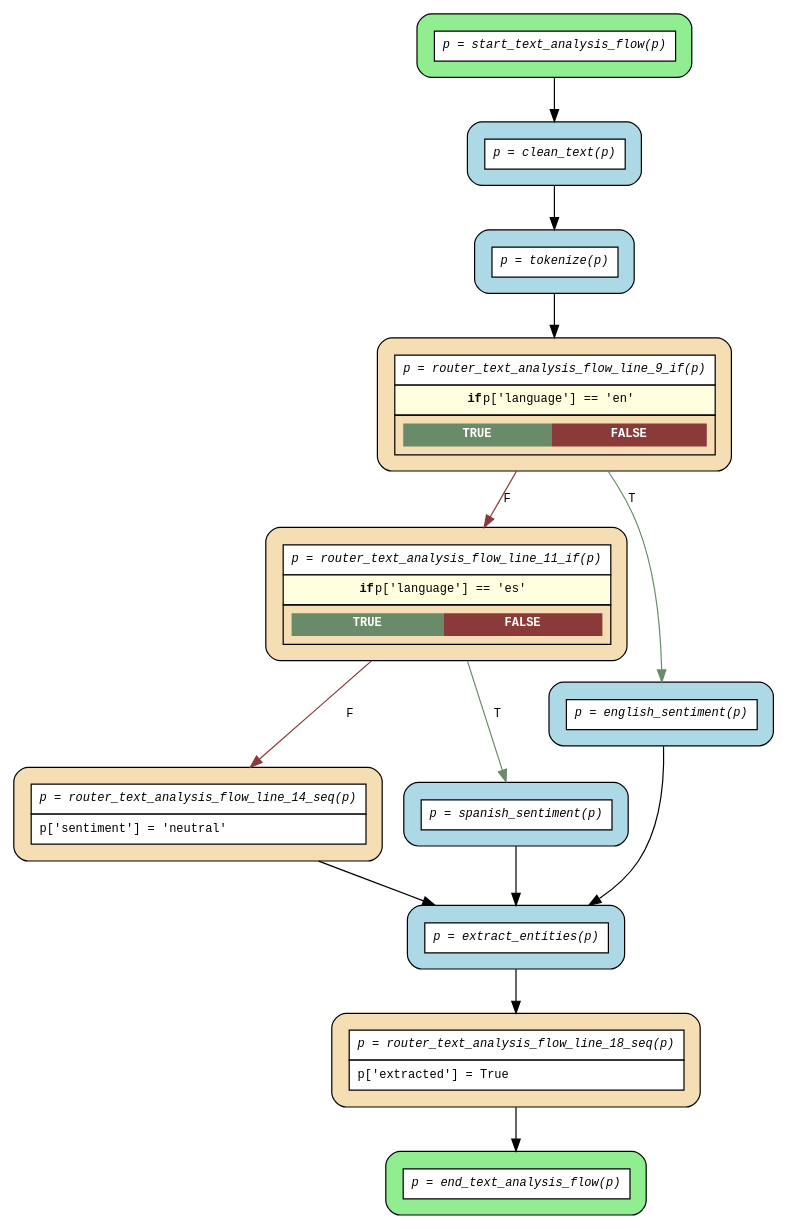
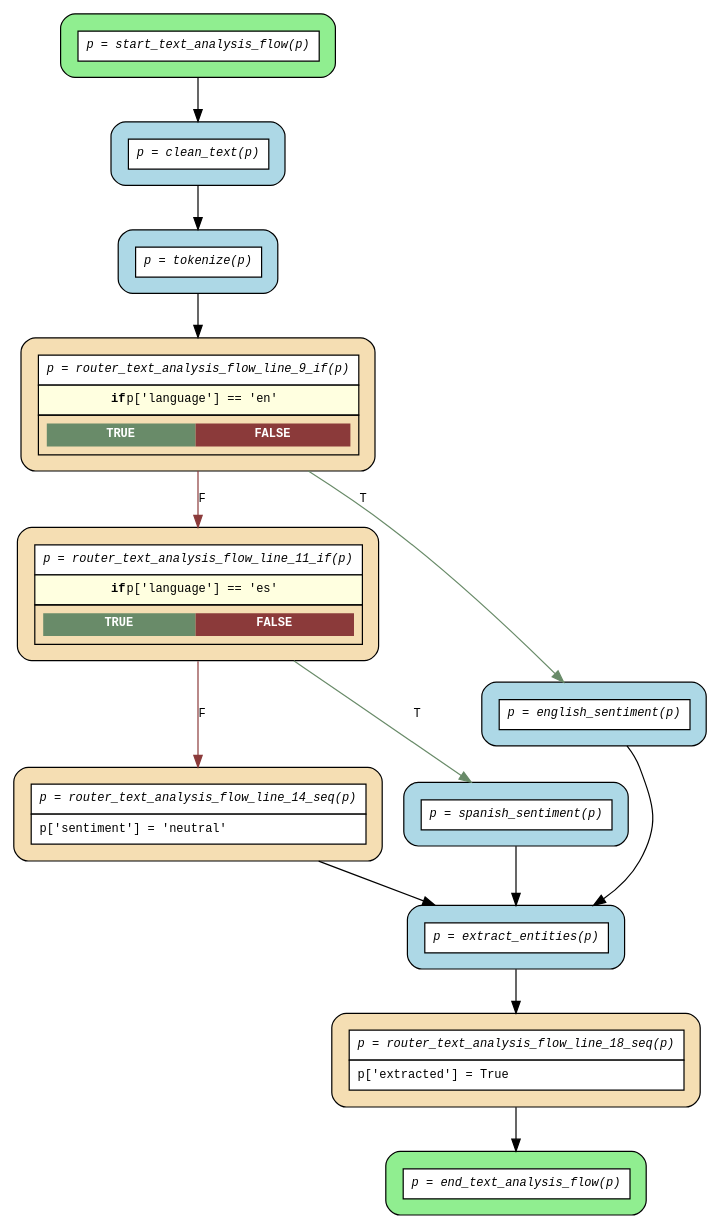
Before and after one commit to deliveryhero/asya: the diagram in docs/img/for-data-scientists-flows/compiled/text_analysis_flow/flow.dot, drawn with Graphviz. The commit also changed 5 other files, not shown here.

```diff
--- a/docs/img/for-data-scientists-flows/compiled/text_analysis_flow/flow.dot
+++ b/docs/img/for-data-scientists-flows/compiled/text_analysis_flow/flow.dot
@@ -1,31 +1,31 @@
 digraph flow {
   rankdir=TB;
   graph [fontname="Courier", fontsize=10];
   node [fontname="Courier", fontsize=10, shape=box, style="filled,rounded", margin="0.2"];
   edge [fontname="Courier", fontsize=10];
 
-  start_text_analysis_flow [fillcolor="lightgreen", label=<<table border="0" cellspacing="0" cellpadding="6" cellborder="1"><tr><td bgcolor="white" align="center"><i>p = start_text_analysis_flow(p)</i></td></tr></table>>];
-  router_text_analysis_flow_line_14_seq [fillcolor="wheat", label=<<table border="0" cellspacing="0" cellpadding="6" cellborder="1"><tr><td bgcolor="white" align="center"><i>p = router_text_analysis_flow_line_14_seq(p)</i></td></tr><tr><td bgcolor="white" align="left">p['sentiment'] = 'neutral'</td></tr></table>>];
-  router_text_analysis_flow_line_11_if [fillcolor="wheat", label=<<table border="0" cellspacing="0" cellpadding="6" cellborder="1"><tr><td bgcolor="white" align="center"><i>p = router_text_analysis_flow_line_11_if(p)</i></td></tr><tr><td bgcolor="lightyellow"><b>if</b> p['language'] == 'es'</td></tr><tr><td><table border="0" cellspacing="0" cellpadding="4"><tr><td bgcolor="darkseagreen4"><font color="white"><b>TRUE</b></font></td><td bgcolor="indianred4"><font color="white"><b>FALSE</b></font></td></tr></table></td></tr></table>>];
-  router_text_analysis_flow_line_18_seq [fillcolor="wheat", label=<<table border="0" cellspacing="0" cellpadding="6" cellborder="1"><tr><td bgcolor="white" align="center"><i>p = router_text_analysis_flow_line_18_seq(p)</i></td></tr><tr><td bgcolor="white" align="left">p['extracted'] = True</td></tr></table>>];
-  router_text_analysis_flow_line_9_if [fillcolor="wheat", label=<<table border="0" cellspacing="0" cellpadding="6" cellborder="1"><tr><td bgcolor="white" align="center"><i>p = router_text_analysis_flow_line_9_if(p)</i></td></tr><tr><td bgcolor="lightyellow"><b>if</b> p['language'] == 'en'</td></tr><tr><td><table border="0" cellspacing="0" cellpadding="4"><tr><td bgcolor="darkseagreen4"><font color="white"><b>TRUE</b></font></td><td bgcolor="indianred4"><font color="white"><b>FALSE</b></font></td></tr></table></td></tr></table>>];
-  end_text_analysis_flow [fillcolor="lightgreen", label=<<table border="0" cellspacing="0" cellpadding="6" cellborder="1"><tr><td bgcolor="white" align="center"><i>p = end_text_analysis_flow(p)</i></td></tr></table>>];
+  start_text_analysis_flow [fillcolor="lightgreen", group="main", label=<<table border="0" cellspacing="0" cellpadding="6" cellborder="1"><tr><td bgcolor="white" align="center"><i>p = start_text_analysis_flow(p)</i></td></tr></table>>];
+  router_text_analysis_flow_line_14_seq [fillcolor="wheat", group="main", label=<<table border="0" cellspacing="0" cellpadding="6" cellborder="1"><tr><td bgcolor="white" align="center"><i>p = router_text_analysis_flow_line_14_seq(p)</i></td></tr><tr><td bgcolor="white" align="left">p['sentiment'] = 'neutral'</td></tr></table>>];
+  router_text_analysis_flow_line_11_if [fillcolor="wheat", group="main", label=<<table border="0" cellspacing="0" cellpadding="6" cellborder="1"><tr><td bgcolor="white" align="center"><i>p = router_text_analysis_flow_line_11_if(p)</i></td></tr><tr><td bgcolor="lightyellow"><b>if</b> p['language'] == 'es'</td></tr><tr><td><table border="0" cellspacing="0" cellpadding="4"><tr><td bgcolor="darkseagreen4"><font color="white"><b>TRUE</b></font></td><td bgcolor="indianred4"><font color="white"><b>FALSE</b></font></td></tr></table></td></tr></table>>];
+  router_text_analysis_flow_line_18_seq [fillcolor="wheat", group="main", label=<<table border="0" cellspacing="0" cellpadding="6" cellborder="1"><tr><td bgcolor="white" align="center"><i>p = router_text_analysis_flow_line_18_seq(p)</i></td></tr><tr><td bgcolor="white" align="left">p['extracted'] = True</td></tr></table>>];
+  router_text_analysis_flow_line_9_if [fillcolor="wheat", group="main", label=<<table border="0" cellspacing="0" cellpadding="6" cellborder="1"><tr><td bgcolor="white" align="center"><i>p = router_text_analysis_flow_line_9_if(p)</i></td></tr><tr><td bgcolor="lightyellow"><b>if</b> p['language'] == 'en'</td></tr><tr><td><table border="0" cellspacing="0" cellpadding="4"><tr><td bgcolor="darkseagreen4"><font color="white"><b>TRUE</b></font></td><td bgcolor="indianred4"><font color="white"><b>FALSE</b></font></td></tr></table></td></tr></table>>];
+  end_text_analysis_flow [fillcolor="lightgreen", group="main", label=<<table border="0" cellspacing="0" cellpadding="6" cellborder="1"><tr><td bgcolor="white" align="center"><i>p = end_text_analysis_flow(p)</i></td></tr></table>>];
   clean_text [fillcolor="lightblue", label=<<table border="0" cellspacing="0" cellpadding="6" cellborder="1"><tr><td bgcolor="white" align="center"><i>p = clean_text(p)</i></td></tr></table>>];
   english_sentiment [fillcolor="lightblue", label=<<table border="0" cellspacing="0" cellpadding="6" cellborder="1"><tr><td bgcolor="white" align="center"><i>p = english_sentiment(p)</i></td></tr></table>>];
   extract_entities [fillcolor="lightblue", label=<<table border="0" cellspacing="0" cellpadding="6" cellborder="1"><tr><td bgcolor="white" align="center"><i>p = extract_entities(p)</i></td></tr></table>>];
   spanish_sentiment [fillcolor="lightblue", label=<<table border="0" cellspacing="0" cellpadding="6" cellborder="1"><tr><td bgcolor="white" align="center"><i>p = spanish_sentiment(p)</i></td></tr></table>>];
   tokenize [fillcolor="lightblue", label=<<table border="0" cellspacing="0" cellpadding="6" cellborder="1"><tr><td bgcolor="white" align="center"><i>p = tokenize(p)</i></td></tr></table>>];
 
   clean_text -> tokenize;
   english_sentiment -> extract_entities;
   extract_entities -> router_text_analysis_flow_line_18_seq;
   router_text_analysis_flow_line_11_if -> router_text_analysis_flow_line_14_seq [label="F", color=indianred4];
   router_text_analysis_flow_line_11_if -> spanish_sentiment [label="T", color=darkseagreen4];
   router_text_analysis_flow_line_14_seq -> extract_entities;
   router_text_analysis_flow_line_18_seq -> end_text_analysis_flow;
   router_text_analysis_flow_line_9_if -> english_sentiment [label="T", color=darkseagreen4];
   router_text_analysis_flow_line_9_if -> router_text_analysis_flow_line_11_if [label="F", color=indianred4];
   spanish_sentiment -> extract_entities;
   start_text_analysis_flow -> clean_text;
   tokenize -> router_text_analysis_flow_line_9_if;
 }
```
